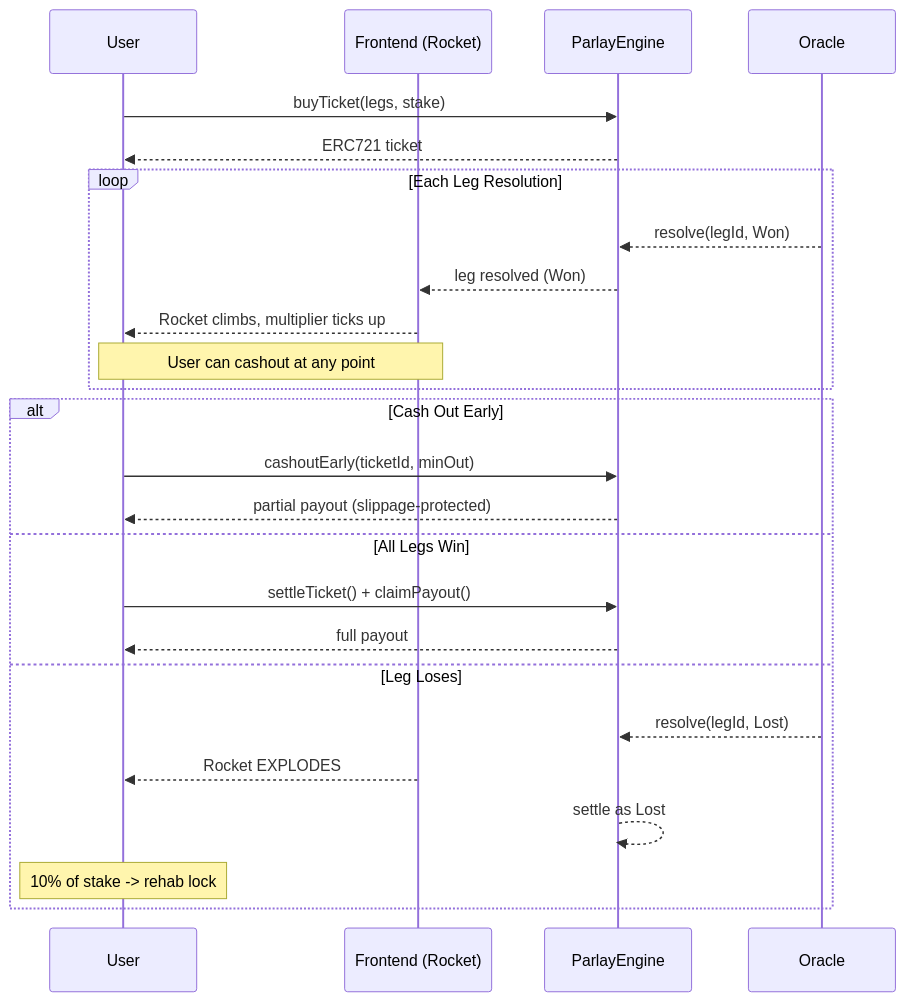
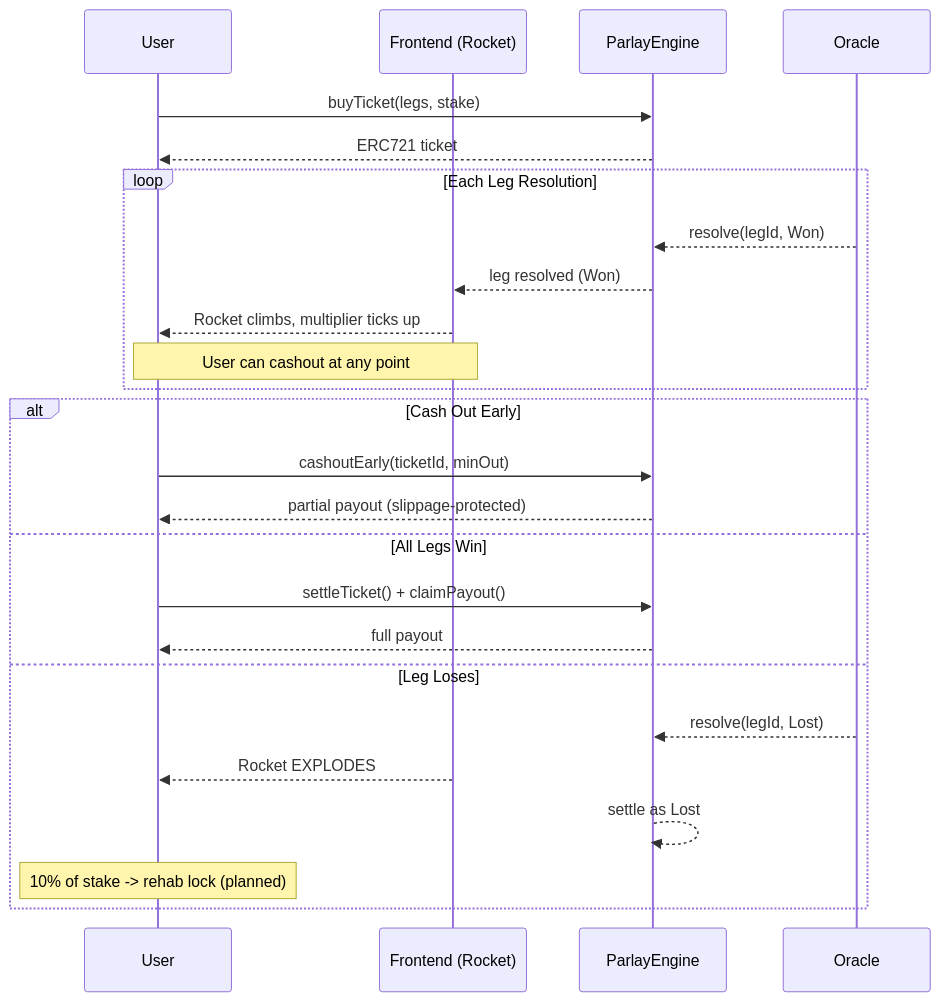
The second of 7 diagrams in README.md (roman-popenov/parlaycity), drawn with Mermaid before and after one commit. The commit also changed other lines of this file, not shown here.

First line of the commit message:
Fix PR #27 review: arrow directions, cashout formula, rehab status

````diff
--- a/README.md
+++ b/README.md
@@ -44,30 +44,30 @@
 ```mermaid
 sequenceDiagram
     participant User
     participant UI as Frontend (Rocket)
     participant Engine as ParlayEngine
     participant Oracle
 
     User->>Engine: buyTicket(legs, stake)
     Engine-->>User: ERC721 ticket
 
     loop Each Leg Resolution
         Oracle-->>Engine: resolve(legId, Won)
         Engine-->>UI: leg resolved (Won)
         UI-->>User: Rocket climbs, multiplier ticks up
         Note over User,UI: User can cashout at any point
     end
 
     alt Cash Out Early
         User->>Engine: cashoutEarly(ticketId, minOut)
         Engine-->>User: partial payout (slippage-protected)
     else All Legs Win
         User->>Engine: settleTicket() + claimPayout()
         Engine-->>User: full payout
     else Leg Loses
         Oracle-->>Engine: resolve(legId, Lost)
         UI-->>User: Rocket EXPLODES
         Engine-->>Engine: settle as Lost
-        Note over User: 10% of stake -> rehab lock
+        Note over User: 10% of stake -> rehab lock (planned)
     end
 ```
````
